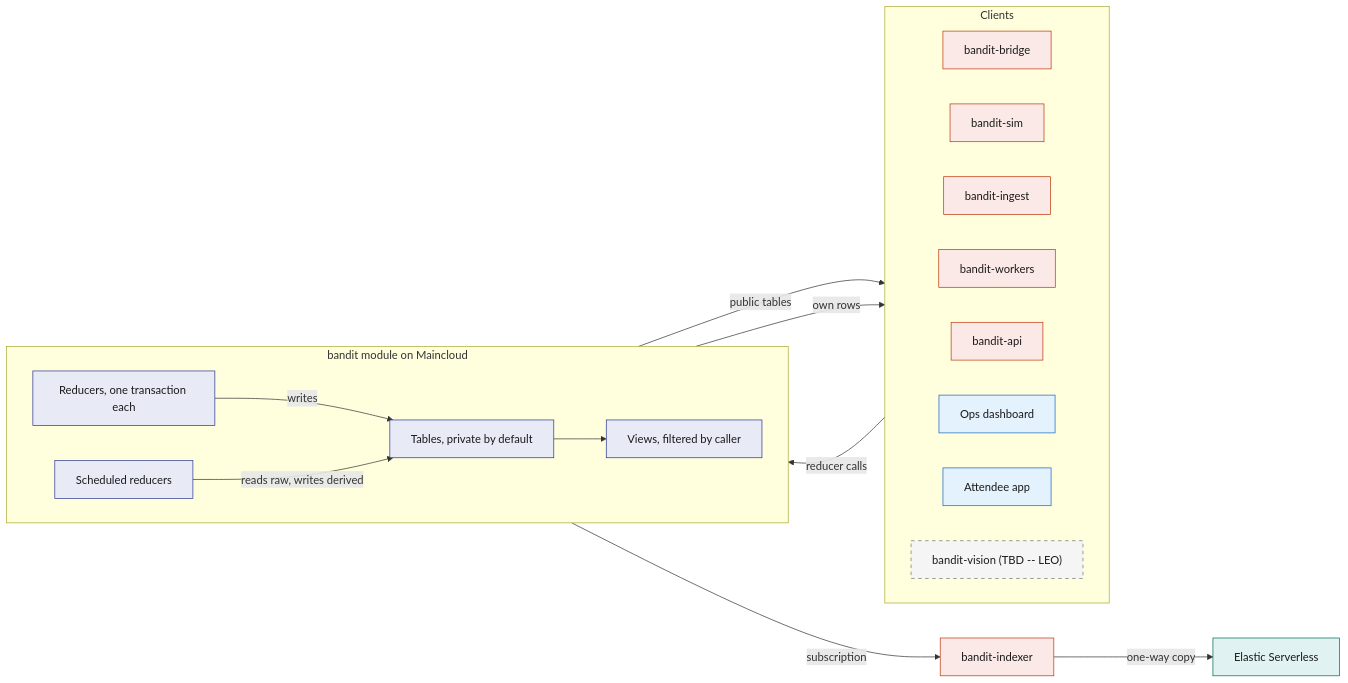
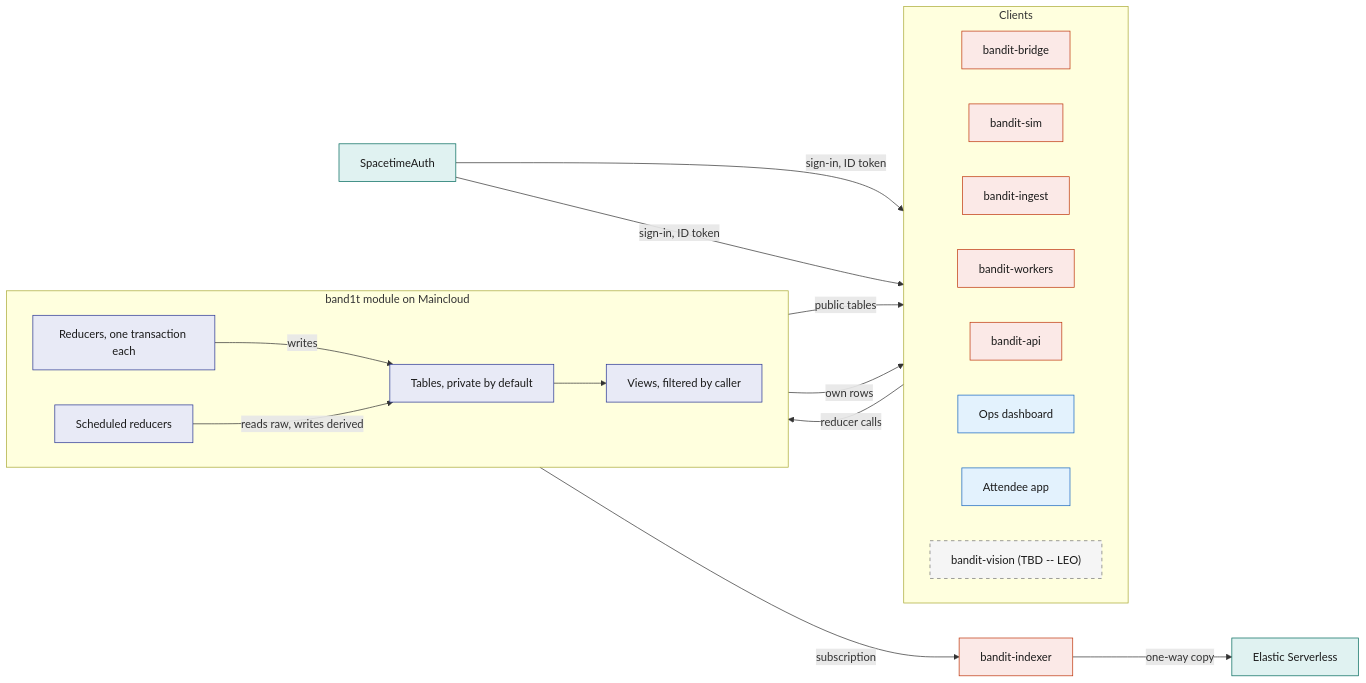
One commit to viktorinkov/cal-hacks-13 changed the first of 4 diagrams in System Design/2-data/SpacetimeDB.md. Above: the diagram before and after it, drawn with Mermaid. The commit also changed other lines of this file and 21 other files, not shown here.

````diff
--- a/System Design/2-data/SpacetimeDB.md
+++ b/System Design/2-data/SpacetimeDB.md
@@ -66,41 +67,44 @@
 ```mermaid
 flowchart LR
   subgraph clients ["Clients"]
     direction LR
     BR["bandit-bridge"]
     SIM["bandit-sim"]
     ING["bandit-ingest"]
     WRK["bandit-workers"]
     API["bandit-api"]
     OPS["Ops dashboard"]
     APP["Attendee app"]
     VIS["bandit-vision (TBD -- LEO)"]
   end
-  subgraph module ["bandit module on Maincloud"]
+  subgraph module ["band1t module on Maincloud"]
     direction LR
     RED["Reducers, one transaction each"]
     SCH["Scheduled reducers"]
     TAB["Tables, private by default"]
     VIEW["Views, filtered by caller"]
   end
   IDX["bandit-indexer"]
   EL["Elastic Serverless"]
+  AUTH["SpacetimeAuth"]
+  AUTH -->|"sign-in, ID token"| OPS
+  AUTH -->|"sign-in, ID token"| APP
   clients -->|"reducer calls"| RED
   RED -->|"writes"| TAB
   SCH -->|"reads raw, writes derived"| TAB
   TAB --> VIEW
   TAB -->|"public tables"| clients
   VIEW -->|"own rows"| clients
   TAB -->|"subscription"| IDX
   IDX -->|"one-way copy"| EL
   classDef rust fill:#FBE9E7,stroke:#BF360C,color:#1A1A1A
   classDef stdb fill:#E8EAF6,stroke:#283593,color:#1A1A1A
   classDef web fill:#E3F2FD,stroke:#1565C0,color:#1A1A1A
   classDef ext fill:#E0F2F1,stroke:#00695C,color:#1A1A1A
   classDef tbd fill:#F5F5F5,stroke:#757575,color:#1A1A1A,stroke-dasharray:5 5
   class BR,SIM,ING,WRK,API,IDX rust
   class RED,SCH,TAB,VIEW stdb
   class OPS,APP web
-  class EL ext
+  class EL,AUTH ext
   class VIS tbd
 ```
````
